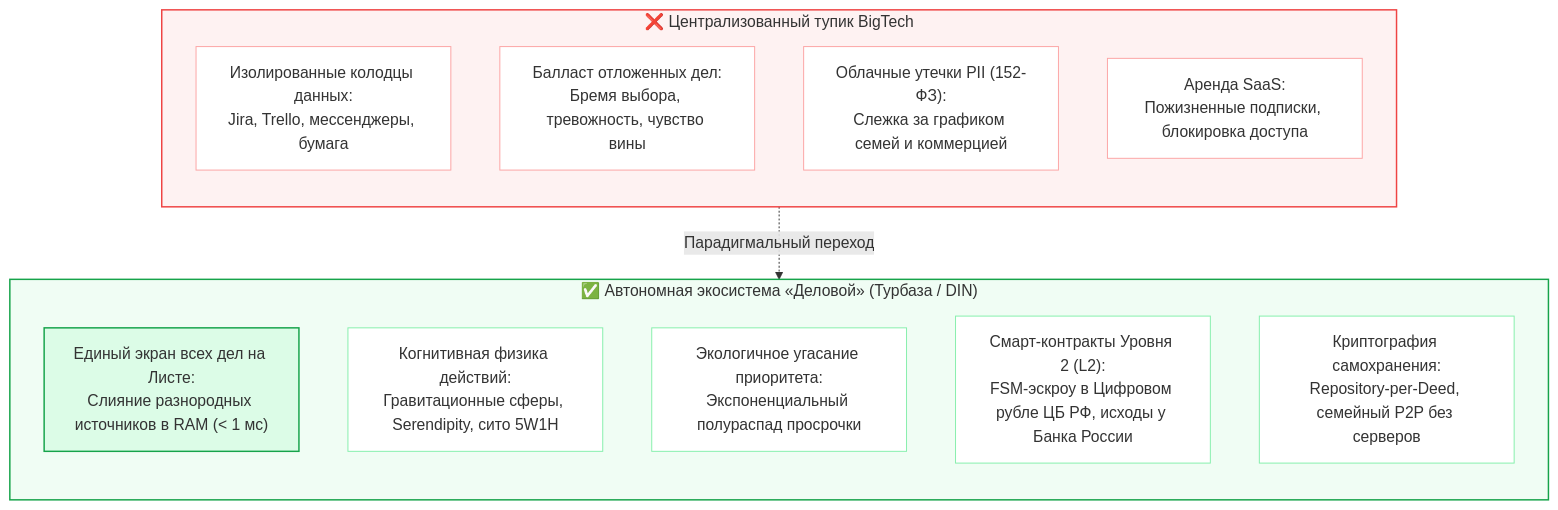
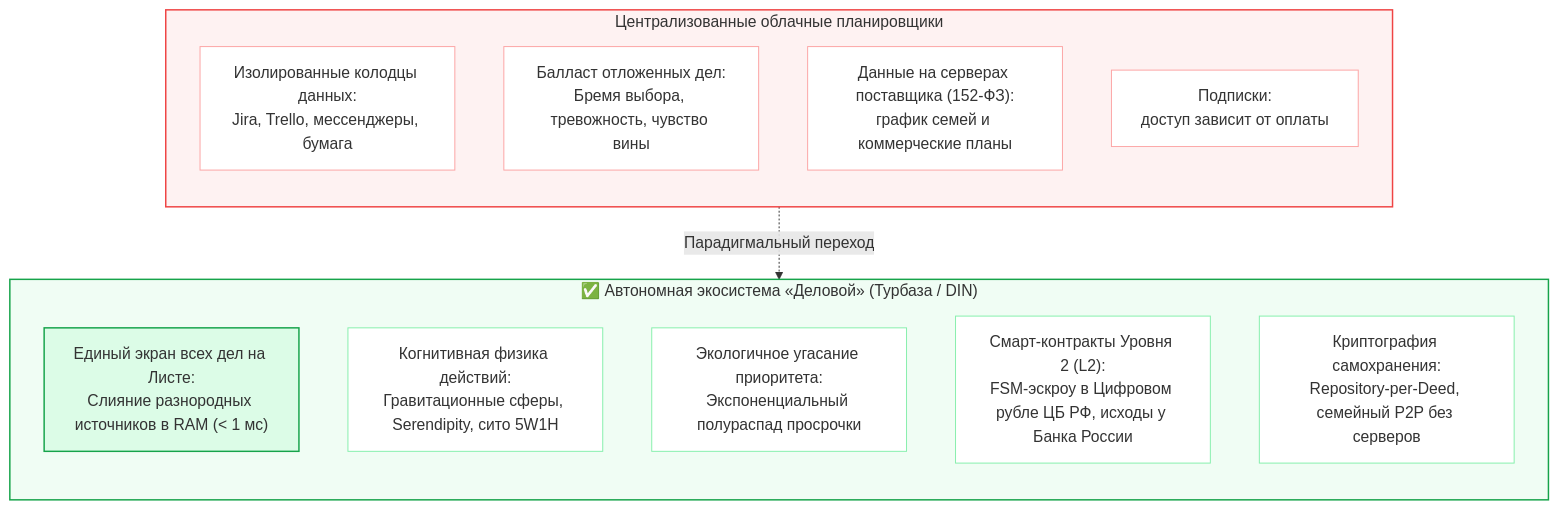
One commit to Data-Independence-Network/presentations changed the first of 7 diagrams in shared_docs/whitepapers/applications/gogetter/GoGetter_Ecosystem_Impact_Guide.md. Above: the diagram before and after it, drawn with Mermaid. The commit also changed other lines of this file and 11 other files, not shown here.

````diff
--- a/shared_docs/whitepapers/applications/gogetter/GoGetter_Ecosystem_Impact_Guide.md
+++ b/shared_docs/whitepapers/applications/gogetter/GoGetter_Ecosystem_Impact_Guide.md
@@ -50,33 +50,33 @@
 ```mermaid
 flowchart TD
-    subgraph OldTrap ["❌ Централизованный тупик BigTech"]
+    subgraph OldTrap ["Централизованные облачные планировщики"]
         direction TB
         Silos["Изолированные колодцы данных:<br/>Jira, Trello, мессенджеры, бумага"]
         Guilt["Балласт отложенных дел:<br/>Бремя выбора, тревожность, чувство вины"]
-        LeakRisk["Облачные утечки PII (152-ФЗ):<br/>Слежка за графиком семей и коммерцией"]
-        Rent["Аренда SaaS:<br/>Пожизненные подписки, блокировка доступа"]
+        LeakRisk["Данные на серверах поставщика (152-ФЗ):<br/>график семей и коммерческие планы"]
+        Rent["Подписки:<br/>доступ зависит от оплаты"]
     end
 
     subgraph GoGetterAlt ["✅ Автономная экосистема «Деловой» (Турбаза / DIN)"]
         direction TB
         UnifiedLeaf["Единый экран всех дел на Листе:<br/>Слияние разнородных источников в RAM (< 1 мс)"]
         CognitivePhysics["Когнитивная физика действий:<br/>Гравитационные сферы, Serendipity, сито 5W1H"]
         Decay["Экологичное угасание приоритета:<br/>Экспоненциальный полураспад просрочки"]
         L2Smart["Смарт-контракты Уровня 2 (L2):<br/>FSM-эскроу в Цифровом рубле ЦБ РФ, исходы у Банка России"]
         P2PPrivacy["Криптография самохранения:<br/>Repository-per-Deed, семейный P2P без серверов"]
     end
 
     OldTrap -.->|Парадигмальный переход| GoGetterAlt
 
     style OldTrap fill:#fef2f2,stroke:#ef4444,stroke-width:1.5px
     style GoGetterAlt fill:#f0fdf4,stroke:#16a34a,stroke-width:1.5px
     style Silos fill:#ffffff,stroke:#fca5a5,stroke-width:1px
     style Guilt fill:#ffffff,stroke:#fca5a5,stroke-width:1px
     style LeakRisk fill:#ffffff,stroke:#fca5a5,stroke-width:1px
     style Rent fill:#ffffff,stroke:#fca5a5,stroke-width:1px
     style UnifiedLeaf fill:#dcfce7,stroke:#16a34a,stroke-width:1.5px
     style CognitivePhysics fill:#ffffff,stroke:#86efac,stroke-width:1px
     style Decay fill:#ffffff,stroke:#86efac,stroke-width:1px
     style L2Smart fill:#ffffff,stroke:#86efac,stroke-width:1px
     style P2PPrivacy fill:#ffffff,stroke:#86efac,stroke-width:1px
 ```
````
